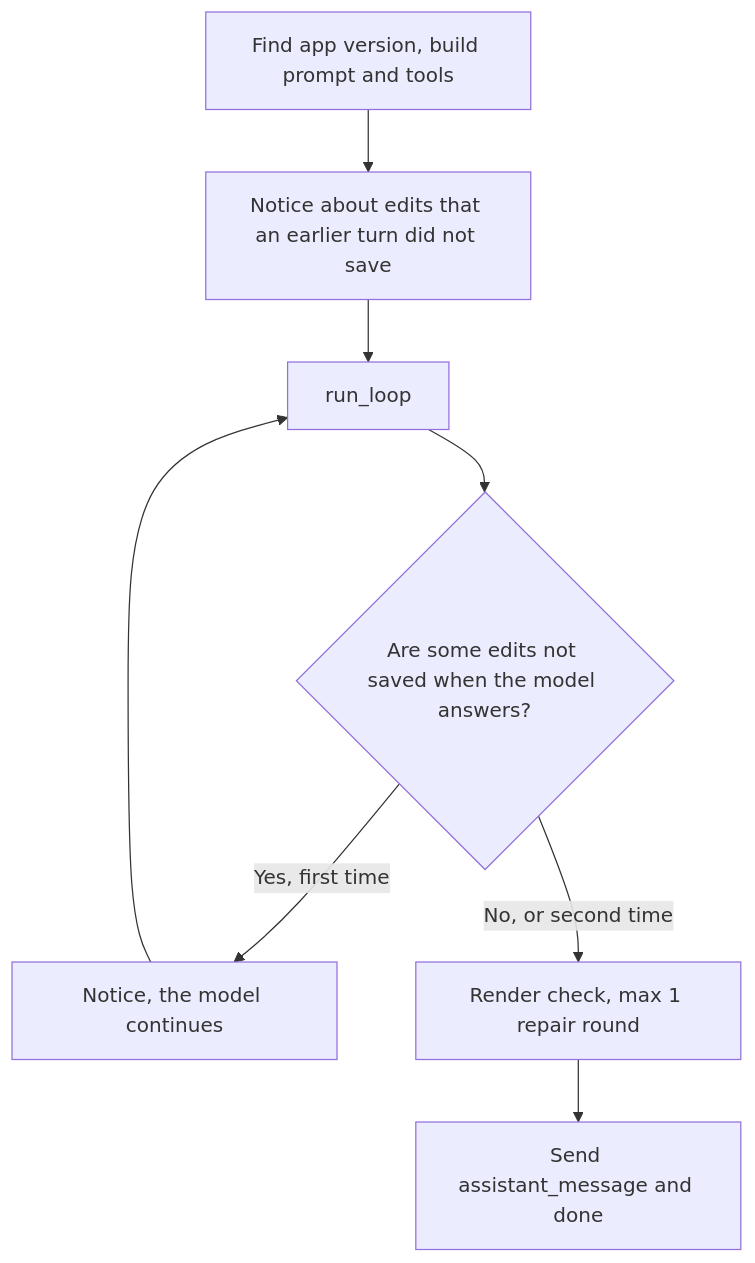
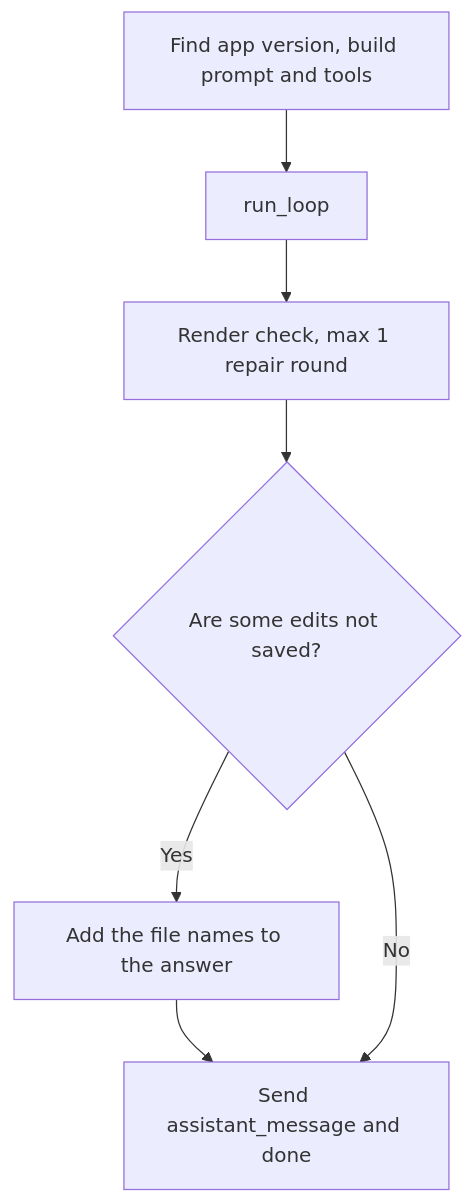
The fifth of 6 diagrams in src/AI/assistant/docs/modules/graph.md (Altinn/altinn-studio), drawn with Mermaid before and after one commit. The commit also changed other lines of this file and 14 other files, not shown here.

First line of the commit message:
fix(assistant): start each turn from the saved state

````diff
--- a/src/AI/assistant/docs/modules/graph.md
+++ b/src/AI/assistant/docs/modules/graph.md
@@ -98,10 +93,9 @@
 ```mermaid
 flowchart TD
-  A["Find app version, build prompt and tools"] --> N["Notice about edits that an earlier turn did not save"]
-  N --> B["run_loop"]
-  B --> U{"Are some edits not saved when the model answers?"}
-  U -->|"Yes, first time"| O["Notice, the model continues"]
-  O --> B
-  U -->|"No, or second time"| D["Render check, max 1 repair round"]
-  D --> E["Send assistant_message and done"]
+  A["Find app version, build prompt and tools"] --> B["run_loop"]
+  B --> D["Render check, max 1 repair round"]
+  D --> U{"Are some edits not saved?"}
+  U -->|Yes| S["Add the file names to the answer"]
+  S --> E["Send assistant_message and done"]
+  U -->|No| E
 ```
````
